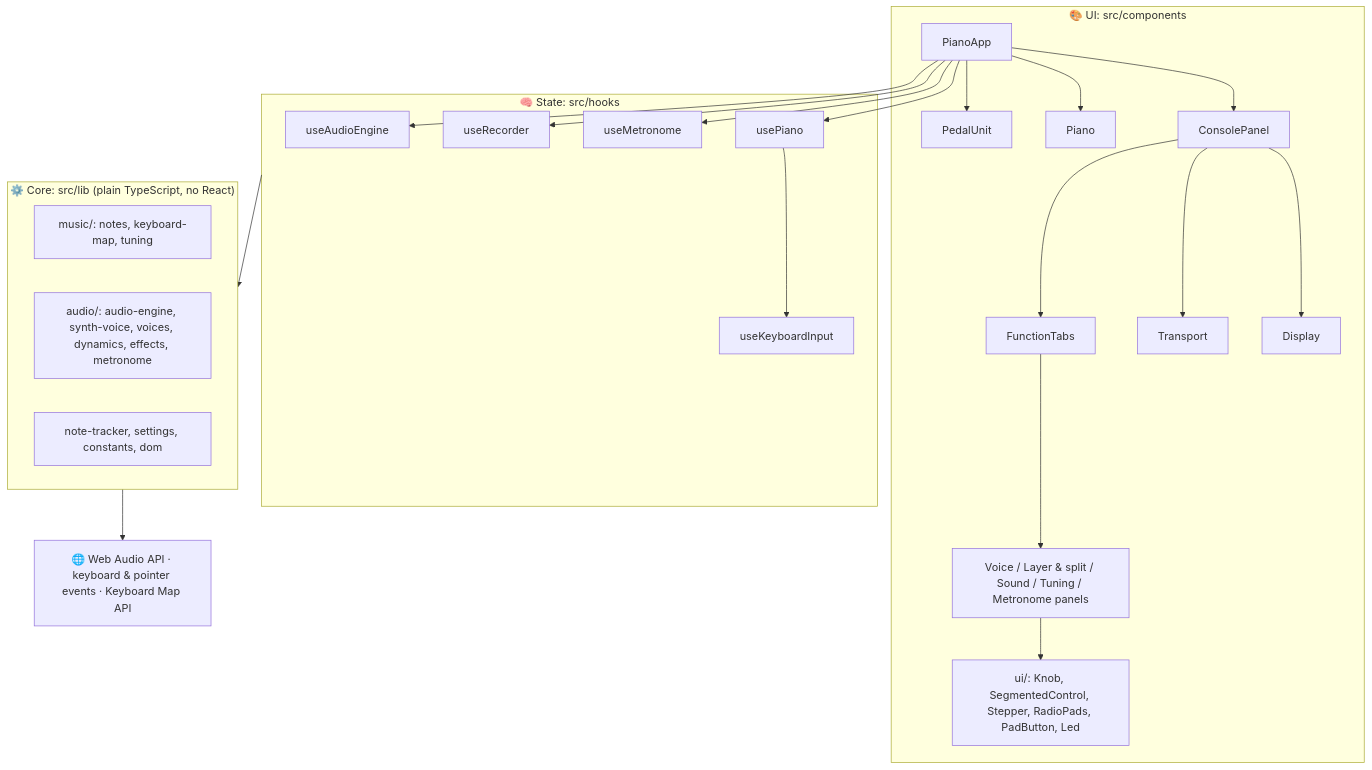
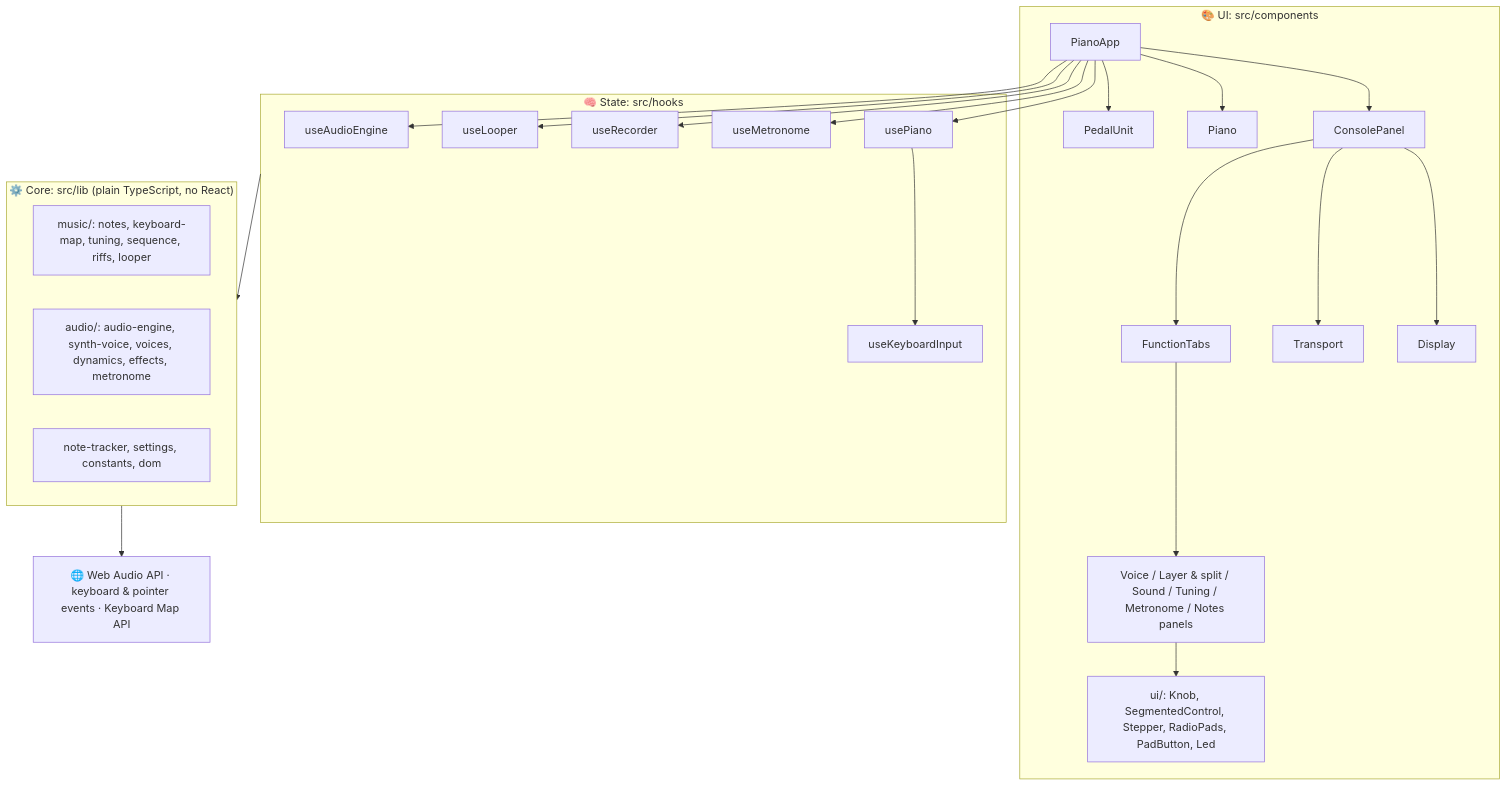
Before and after one commit to satyaidk/funkeys: the first of 5 diagrams in docs/architecture.md, drawn with Mermaid. The commit also changed other lines of this file and 28 other files, not shown here.

````diff
--- a/docs/architecture.md
+++ b/docs/architecture.md
@@ -38,29 +39,30 @@
 ```mermaid
 flowchart TB
     subgraph UI["🎨 UI: src/components"]
         PianoApp --> ConsolePanel & Piano & PedalUnit
         ConsolePanel --> Display & Transport & FunctionTabs
-        FunctionTabs --> Panels["Voice / Layer & split / Sound / Tuning / Metronome panels"]
+        FunctionTabs --> Panels["Voice / Layer & split / Sound / Tuning / Metronome / Notes panels"]
         Panels --> Primitives["ui/: Knob, SegmentedControl, Stepper, RadioPads, PadButton, Led"]
     end
 
     subgraph Hooks["🧠 State: src/hooks"]
         usePiano --> useKeyboardInput
         useMetronome
         useRecorder
+        useLooper
         useAudioEngine
     end
 
     subgraph Lib["⚙️ Core: src/lib (plain TypeScript, no React)"]
         direction LR
-        music["music/: notes, keyboard-map, tuning"]
+        music["music/: notes, keyboard-map, tuning, sequence, riffs, looper"]
         audio["audio/: audio-engine, synth-voice, voices, dynamics, effects, metronome"]
         state["note-tracker, settings, constants, dom"]
     end
 
     Browser["🌐 Web Audio API · keyboard & pointer events · Keyboard Map API"]
 
-    PianoApp --> usePiano & useMetronome & useRecorder & useAudioEngine
+    PianoApp --> usePiano & useMetronome & useRecorder & useLooper & useAudioEngine
     Hooks --> Lib
     Lib --> Browser
 ```
````
